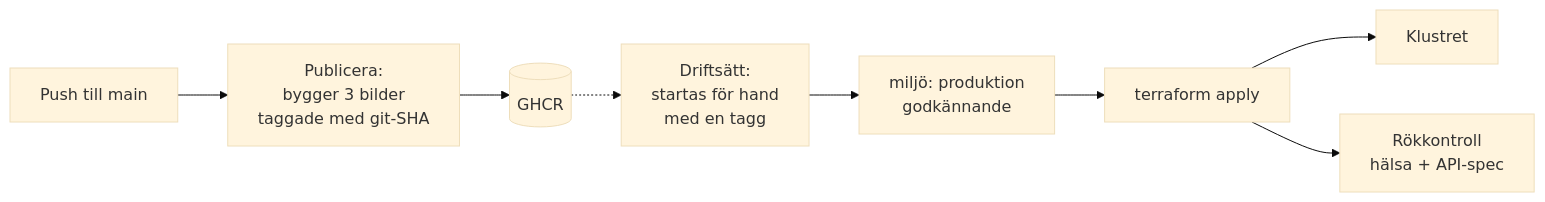
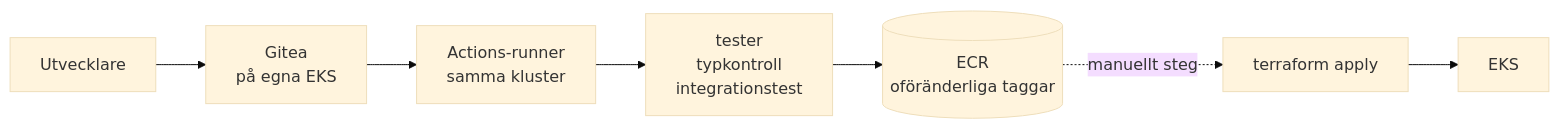
The second of 2 diagrams in felsokning/docs/DRIFT.md (wolfoftyreso-debug/alva), drawn with Mermaid (base theme) before and after one commit. The commit also changed other lines of this file and 1 other file, not shown here.

First line of the commit message:
Kartan och driftshandboken stämmer med AWS igen

````diff
--- a/felsokning/docs/DRIFT.md
+++ b/felsokning/docs/DRIFT.md
@@ -198,7 +209,14 @@
 ```mermaid
 flowchart LR
-    P[Push till main] --> B[Publicera:\nbygger 3 bilder\ntaggade med git-SHA] --> G[(GHCR)]
-    G -.-> D[Driftsätt:\nstartas för hand\nmed en tagg]
-    D --> M[miljö: produktion\ngodkännande] --> T[terraform apply] --> K[Klustret]
-    T --> R[Rökkontroll\nhälsa + API-spec]
+    D[Utvecklare] --> G[Gitea
+på egna EKS]
+    G --> R[Actions-runner
+samma kluster]
+    R --> T[tester
+typkontroll
+integrationstest]
+    T --> E[(ECR
+oföränderliga taggar)]
+    E -.->|manuellt steg| P[terraform apply]
+    P --> K[EKS]
 ```
````
